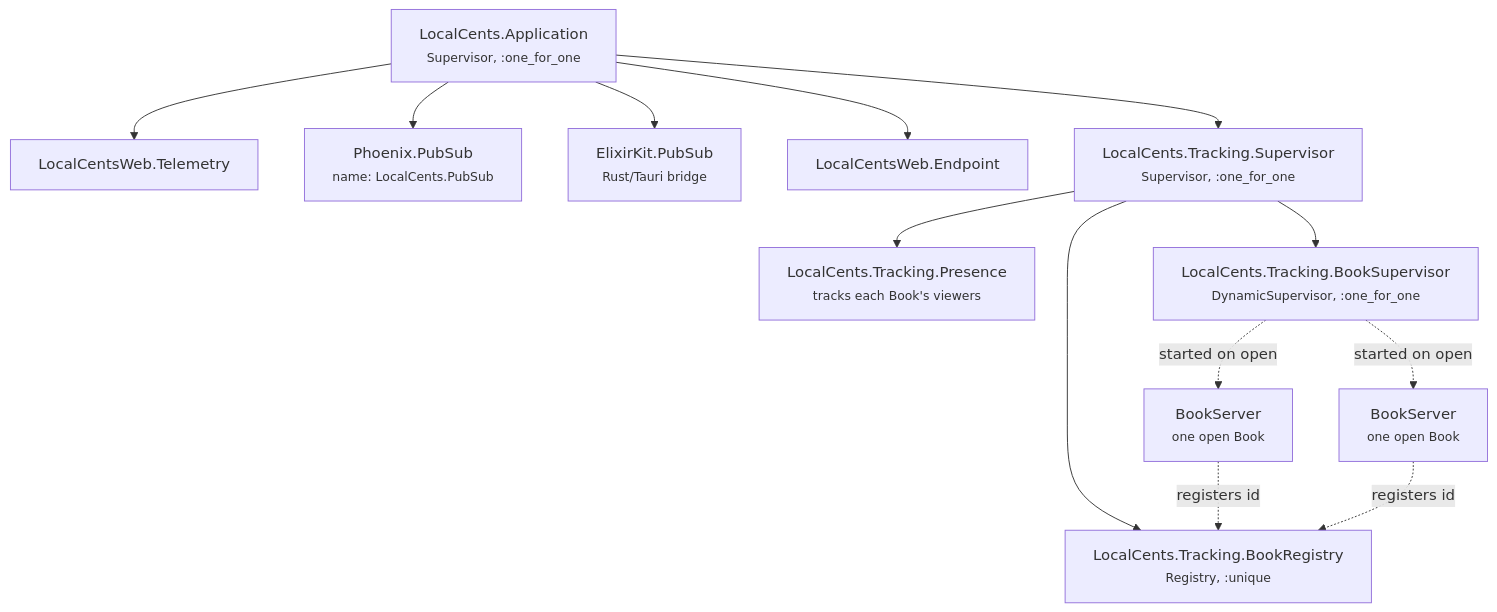
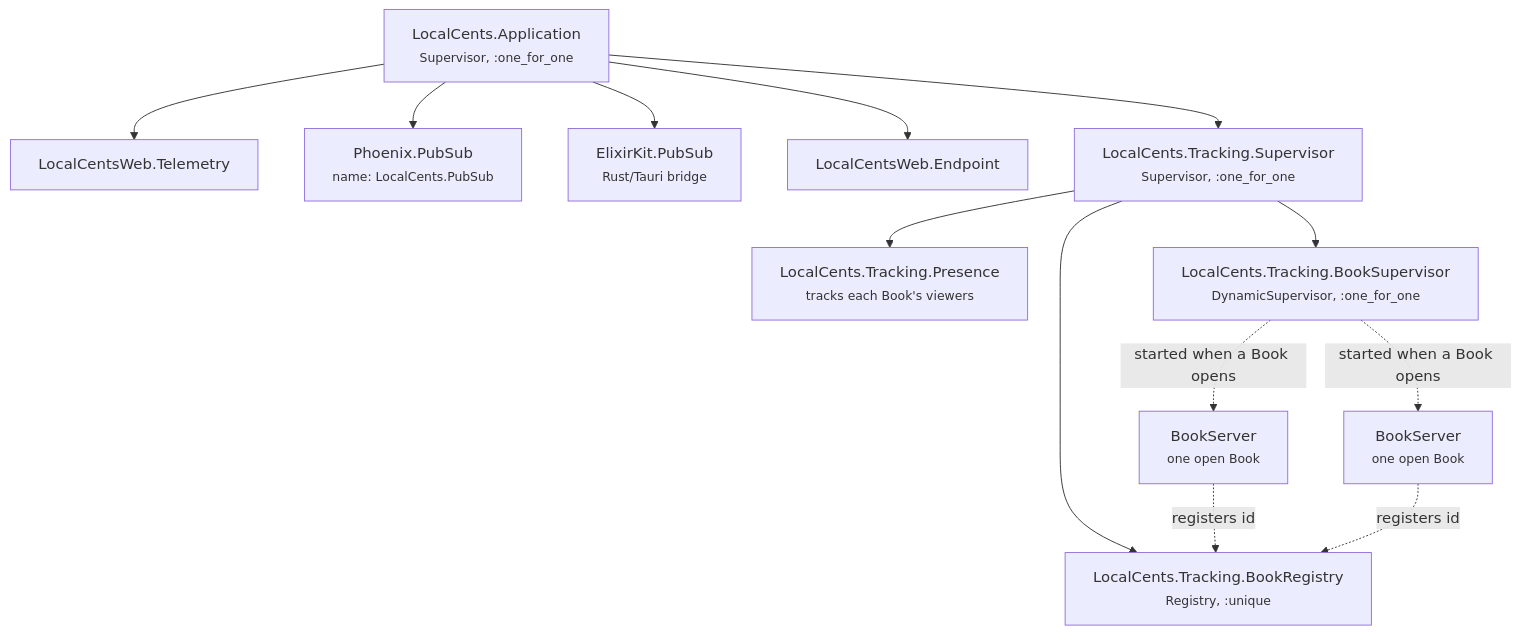
The first of 5 diagrams in docs/book-runtime-architecture.md (zorn/local_cents), drawn with Mermaid before and after one commit. The commit also changed 1 other file, not shown here.

Commit message:
docs: clarify what "open" means in the runtime lifecycle
"A BookServer starts on open" reads as if it starts when the app opens.
It starts when a Book is opened in its document window; nothing is
resident at app launch. Same ambiguity in the architecture diagram's
edge labels.

Also link ADR 0007's implementation note to issues #59 and #74 — bare
"#59" renders as dead plain text in the generated docs.

````diff
--- a/docs/book-runtime-architecture.md
+++ b/docs/book-runtime-architecture.md
@@ -34,33 +34,33 @@
 ```mermaid
 graph TD
     App["LocalCents.Application<br/><small>Supervisor, :one_for_one</small>"]
 
     Tel["LocalCentsWeb.Telemetry"]
     PS["Phoenix.PubSub<br/><small>name: LocalCents.PubSub</small>"]
     EK["ElixirKit.PubSub<br/><small>Rust/Tauri bridge</small>"]
     EP["LocalCentsWeb.Endpoint"]
 
     TS["LocalCents.Tracking.Supervisor<br/><small>Supervisor, :one_for_one</small>"]
     Reg["LocalCents.Tracking.BookRegistry<br/><small>Registry, :unique</small>"]
     Pres["LocalCents.Tracking.Presence<br/><small>tracks each Book's viewers</small>"]
     DS["LocalCents.Tracking.BookSupervisor<br/><small>DynamicSupervisor, :one_for_one</small>"]
 
     BS1["BookServer<br/><small>one open Book</small>"]
     BS2["BookServer<br/><small>one open Book</small>"]
 
     App --> Tel
     App --> PS
     App --> TS
     App --> EK
     App --> EP
 
     TS --> Reg
     TS --> Pres
     TS --> DS
 
-    DS -.->|started on open| BS1
-    DS -.->|started on open| BS2
+    DS -.->|started when a Book opens| BS1
+    DS -.->|started when a Book opens| BS2
 
     BS1 -.->|registers id| Reg
     BS2 -.->|registers id| Reg
 ```
````
